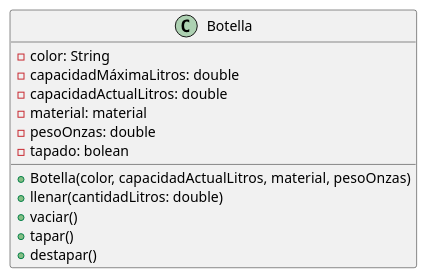
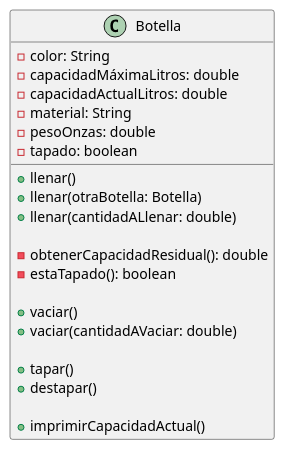
One commit to ViKunn/ProgramacionII changed the diagram in Botella/src/Botella.puml. Above: the diagram before and after it, drawn with PlantUML.

Commit message:
Botella UML actualizado

```diff
--- a/Botella/src/Botella.puml
+++ b/Botella/src/Botella.puml
@@ -1,17 +1,28 @@
 @startuml
 
 class Botella{
     - color: String
     - capacidadMáximaLitros: double
     - capacidadActualLitros: double
-    - material: material
+    - material: String
     - pesoOnzas: double
-    - tapado: bolean
-    + Botella(color, capacidadActualLitros, material, pesoOnzas)
-    + llenar(cantidadLitros: double)
+    - tapado: boolean
+
+    + llenar()
+    + llenar(otraBotella: Botella)
+    + llenar(cantidadALlenar: double)
+
+    - obtenerCapacidadResidual(): double
+    - estaTapado(): boolean
+
     + vaciar()
+    + vaciar(cantidadAVaciar: double)
+
     + tapar()
     + destapar()
+
+    + imprimirCapacidadActual()
+
 }
 
 @enduml
```
